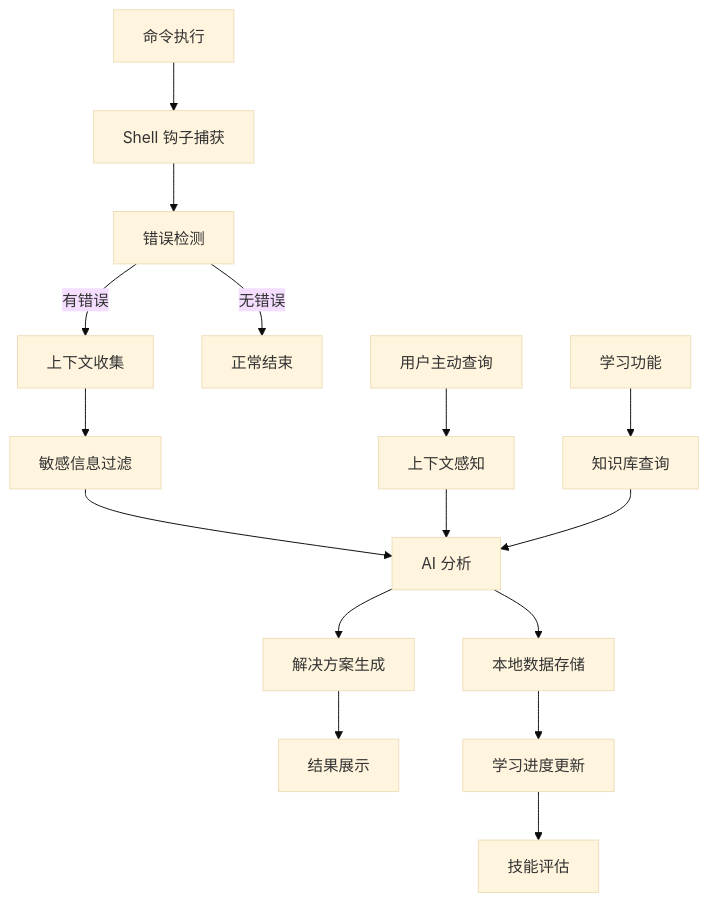
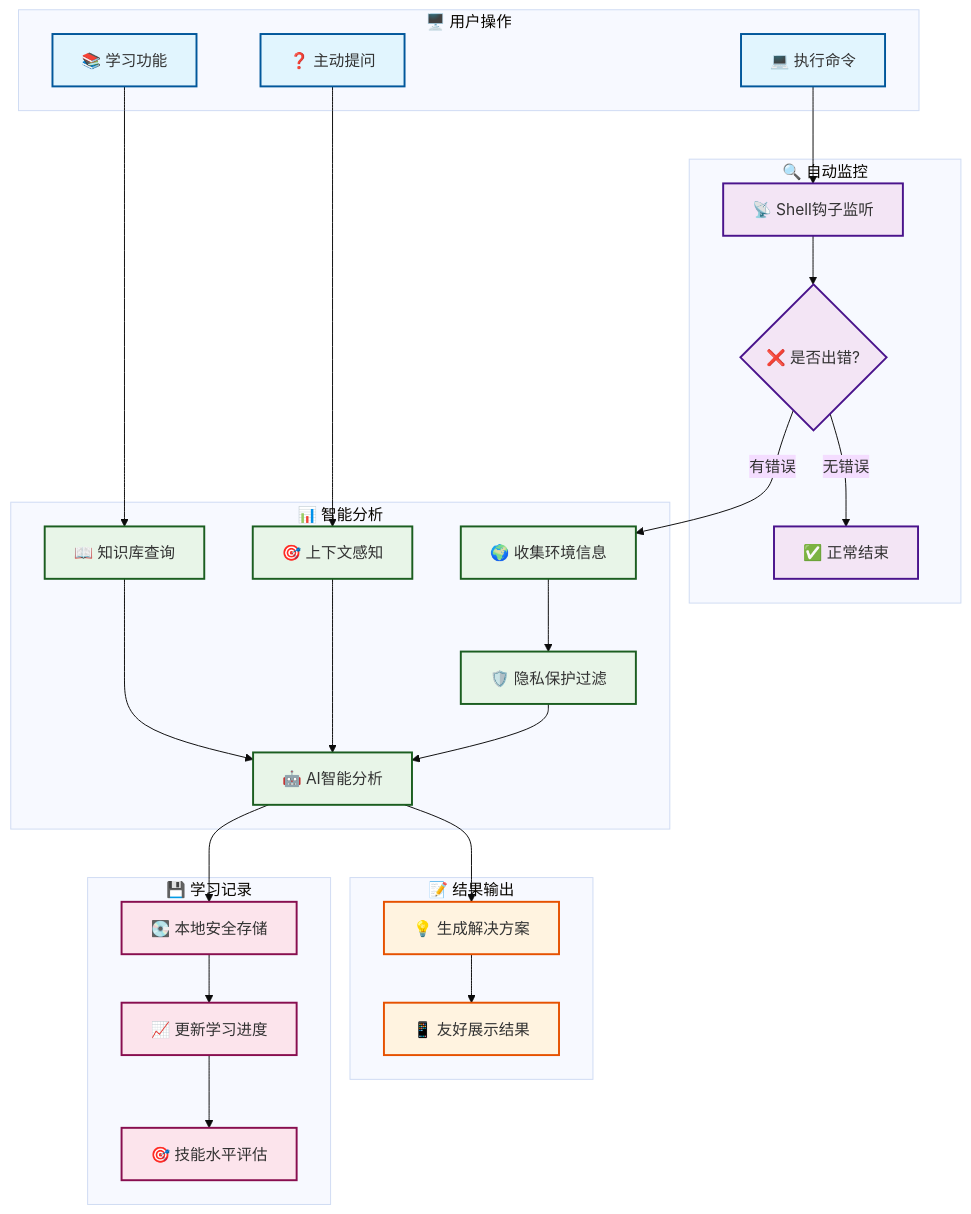
One commit to kangvcar/ais changed the diagram in docs/troubleshooting/faq.md. Above: the diagram before and after it, drawn with Mermaid (base theme). The commit also changed other lines of this file, not shown here.

Commit message:
feat: 重新设计AIS架构图，提升可读性和理解性
### 架构图优化
- 🎨 **视觉分组**: 使用5个功能模块分组，逻辑清晰
  * 🖥️ 用户操作: 执行命令、主动提问、学习功能
  * 🔍 自动监控: Shell钩子监听、错误检测
  * 📊 智能分析: 环境收集、隐私过滤、AI分析
  * 📝 结果输出: 解决方案生成、友好展示
  * 💾 学习记录: 本地存储、进度更新、技能评估

- 🌈 **色彩编码**: 不同功能模块使用不同颜色，便于区分
  * 蓝色: 用户操作  < /dev/null |  紫色: 自动监控 | 绿色: 智能分析
  * 橙色: 结果输出 | 粉色: 学习记录

- 😊 **图标表达**: 每个节点添加直观图标，降低理解门槛
- 📏 **流程简化**: 突出3条主要数据流向，去除复杂连线
- 🗣️ **通俗命名**: 将'数据流架构'改为'工作流程'更易理解

### 用户价值
- 非技术用户也能快速理解AIS的工作原理
- 视觉化展示AIS的核心价值：自动化+智能化+学习化
- 体现隐私保护和本地存储的安全特性

````diff
--- a/docs/troubleshooting/faq.md
+++ b/docs/troubleshooting/faq.md
@@ -242,22 +242,69 @@
 ```mermaid
-graph TD
-    A[命令执行] --> B[Shell 钩子捕获]
-    B --> C[错误检测]
-    C -->|有错误| D[上下文收集]
-    C -->|无错误| E[正常结束]
+flowchart TD
+    subgraph "🖥️ 用户操作"
+        A[💻 执行命令]
+        M[❓ 主动提问]
+        O[📚 学习功能]
+    end
     
-    D --> F[敏感信息过滤]
-    F --> G[AI 分析]
-    G --> H[解决方案生成]
-    H --> I[结果展示]
+    subgraph "🔍 自动监控"
+        B[📡 Shell钩子监听]
+        C{❌ 是否出错?}
+        E[✅ 正常结束]
+    end
     
-    G --> J[本地数据存储]
-    J --> K[学习进度更新]
-    K --> L[技能评估]
+    subgraph "📊 智能分析"
+        D[🌍 收集环境信息]
+        F[🛡️ 隐私保护过滤]
+        G[🤖 AI智能分析]
+        N[🎯 上下文感知]
+        P[📖 知识库查询]
+    end
     
-    M[用户主动查询] --> N[上下文感知]
+    subgraph "📝 结果输出"
+        H[💡 生成解决方案]
+        I[📱 友好展示结果]
+    end
+    
+    subgraph "💾 学习记录"
+        J[💽 本地安全存储]
+        K[📈 更新学习进度]
+        L[🎯 技能水平评估]
+    end
+    
+    %% 主流程
+    A --> B
+    B --> C
+    C -->|有错误| D
+    C -->|无错误| E
+    D --> F
+    F --> G
+    G --> H
+    H --> I
+    
+    %% 学习流程
+    G --> J
+    J --> K
+    K --> L
+    
+    %% 主动查询
+    M --> N
     N --> G
     
-    O[学习功能] --> P[知识库查询]
+    %% 学习功能
+    O --> P
     P --> G
+    
+    %% 样式
+    classDef userAction fill:#e1f5fe,stroke:#01579b,stroke-width:2px
+    classDef monitoring fill:#f3e5f5,stroke:#4a148c,stroke-width:2px
+    classDef analysis fill:#e8f5e8,stroke:#1b5e20,stroke-width:2px
+    classDef output fill:#fff3e0,stroke:#e65100,stroke-width:2px
+    classDef storage fill:#fce4ec,stroke:#880e4f,stroke-width:2px
+    
+    class A,M,O userAction
+    class B,C,E monitoring
+    class D,F,G,N,P analysis
+    class H,I output
+    class J,K,L storage
 ```
````
